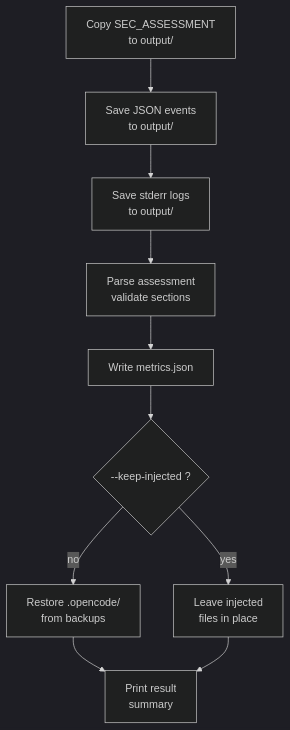
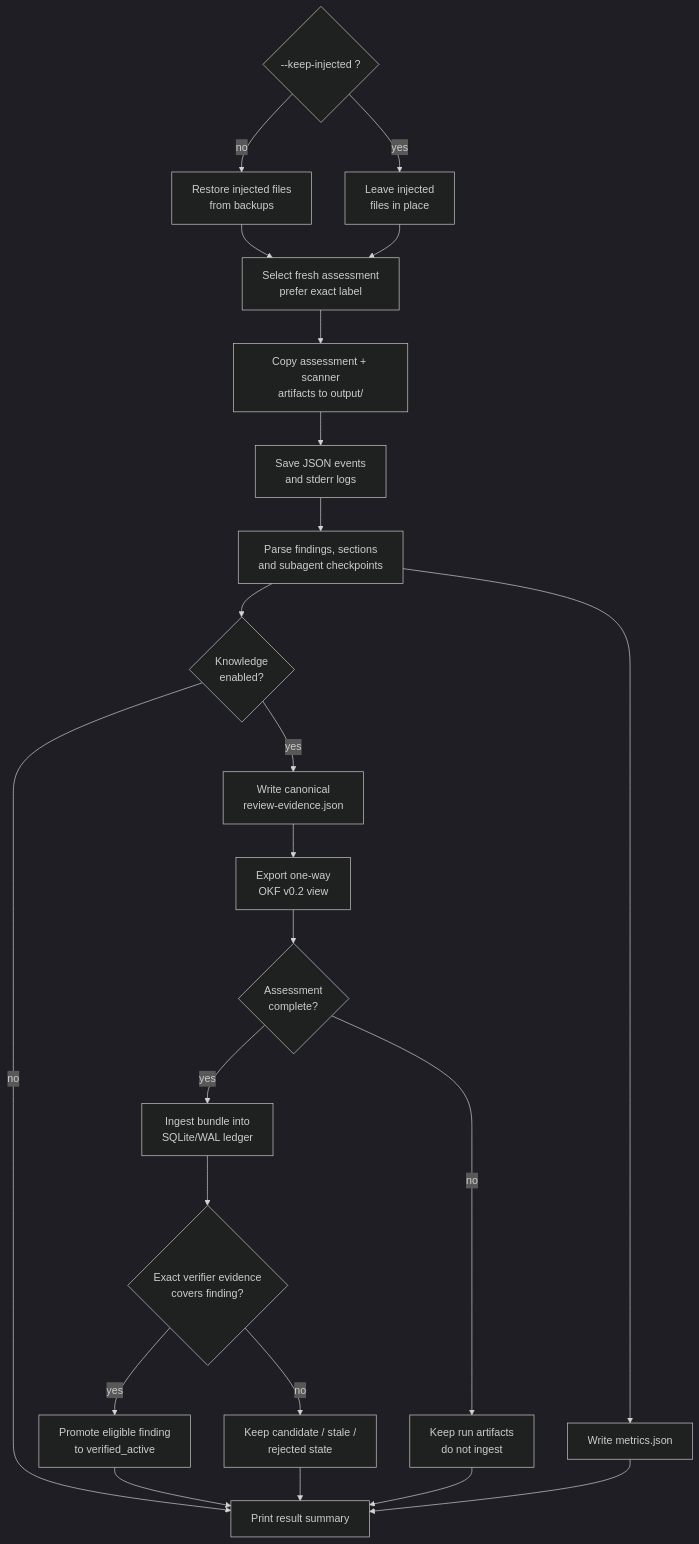
The sixth of 8 diagrams in README.md (dominikmi/laser), drawn with Mermaid before and after one commit. The commit also changed other lines of this file, not shown here.

First line of the commit message:
Document persistent knowledge architecture (#6)

````diff
--- a/README.md
+++ b/README.md
@@ -861,13 +893,26 @@
 ```mermaid
 %%{init: {"theme": "dark"}}%%
 flowchart TD
-    A["Copy SEC_ASSESSMENT<br/>to output/"] --> B["Save JSON events<br/>to output/"]
-    B --> C["Save stderr logs<br/>to output/"]
-    C --> D["Parse assessment<br/>validate sections"]
-    D --> E["Write metrics.json"]
-    E --> F{"--keep-injected ?"}
-    F -- no --> G["Restore .opencode/<br/>from backups"]
-    F -- yes --> H["Leave injected<br/>files in place"]
-    G --> I["Print result<br/>summary"]
+    A{"--keep-injected ?"} -- no --> B["Restore injected files<br/>from backups"]
+    A -- yes --> C["Leave injected<br/>files in place"]
+    B --> D["Select fresh assessment<br/>prefer exact label"]
+    C --> D
+    D --> E["Copy assessment + scanner<br/>artifacts to output/"]
+    E --> F["Save JSON events<br/>and stderr logs"]
+    F --> G["Parse findings, sections<br/>and subagent checkpoints"]
+    G --> H["Write metrics.json"]
+    G --> K{"Knowledge<br/>enabled?"}
+    K -- no --> I["Print result summary"]
+    K -- yes --> J["Write canonical<br/>review-evidence.json"]
+    J --> O["Export one-way<br/>OKF v0.2 view"]
+    O --> V{"Assessment<br/>complete?"}
+    V -- no --> N["Keep run artifacts<br/>do not ingest"]
+    V -- yes --> L["Ingest bundle into<br/>SQLite/WAL ledger"]
+    L --> Q{"Exact verifier evidence<br/>covers finding?"}
+    Q -- yes --> P["Promote eligible finding<br/>to verified_active"]
+    Q -- no --> T["Keep candidate / stale /<br/>rejected state"]
+    P --> I
+    T --> I
+    N --> I
     H --> I
 ```
````
